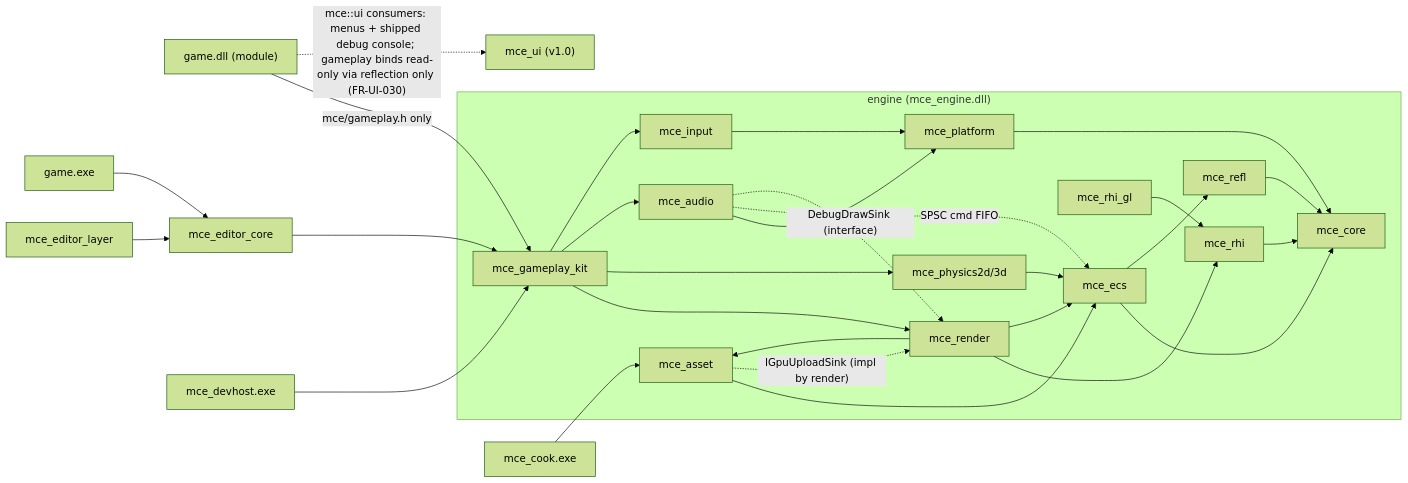
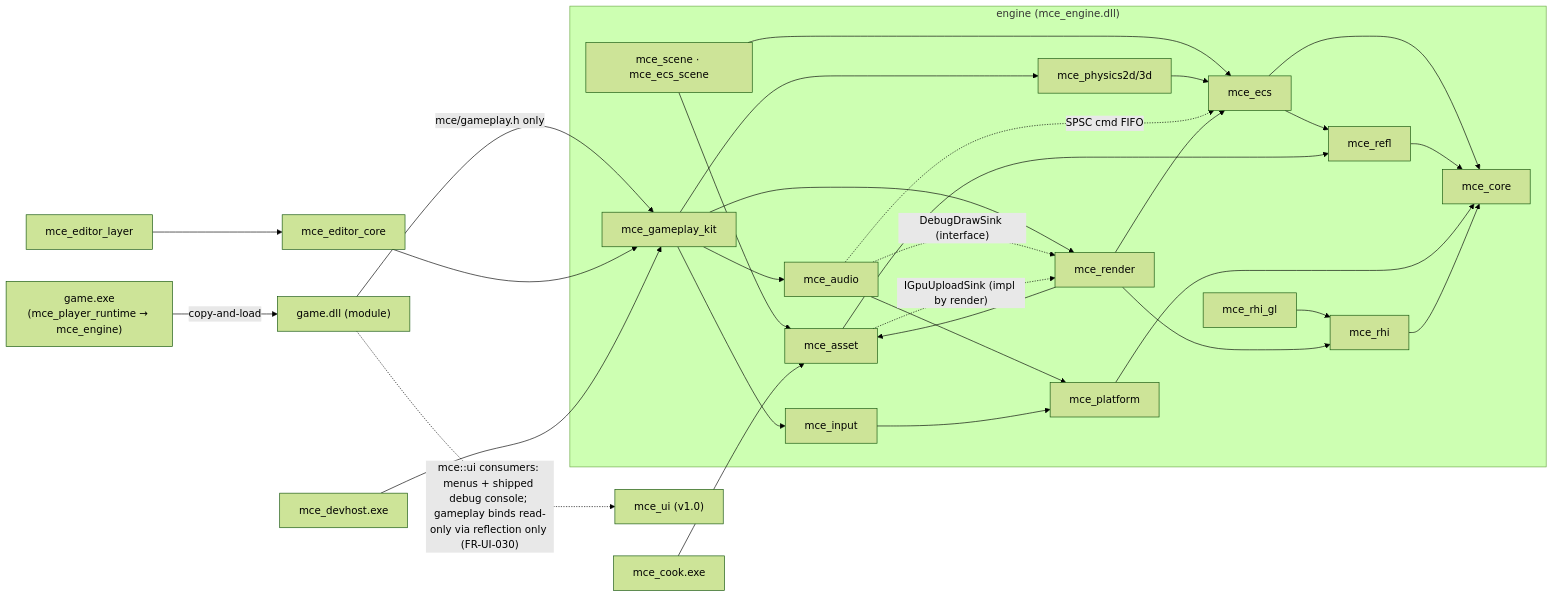
The second of 7 diagrams in docs/ARCHITECTURE.md (sberkan09/mesh_control_engine), drawn with Mermaid (forest theme) before and after one commit. The commit also changed other lines of this file and 78 other files, not shown here.

````diff
--- a/docs/ARCHITECTURE.md
+++ b/docs/ARCHITECTURE.md
@@ -151,33 +173,35 @@
 ```mermaid
 flowchart LR
     subgraph Engine["engine (mce_engine.dll)"]
         ECS["mce_ecs"] --> CORE["mce_core"]
         REFL["mce_refl"] --> CORE
         ECS --> REFL
         PLAT["mce_platform"] --> CORE
         RHI["mce_rhi"] --> CORE
         RHIGL["mce_rhi_gl"] --> RHI
-        ASSET["mce_asset"] --> ECS
+        ASSET["mce_asset"] --> REFL
+        SCENE["mce_scene · mce_ecs_scene"] --> ASSET
+        SCENE --> ECS
         PHY["mce_physics2d/3d"] --> ECS
         AUD["mce_audio"] --> PLAT
         AUD -. "SPSC cmd FIFO" .-> ECS
         INP["mce_input"] --> PLAT
         RENDER["mce_render"] --> RHI
         RENDER --> ASSET
         RENDER --> ECS
         KIT["mce_gameplay_kit"] --> RENDER
         KIT --> PHY
         KIT --> AUD
         KIT --> INP
     end
     MOD["game.dll (module)"] -->|"mce/gameplay.h only"| KIT
     UI["mce_ui (v1.0)"]
     MOD -. "mce::ui consumers: menus + shipped debug console; gameplay binds read-only via reflection only (FR-UI-030)" .-> UI
     ECORE["mce_editor_core"] --> KIT
     ELAYER["mce_editor_layer"] --> ECORE
-    GAME["game.exe"] --> ECORE
+    GAME["game.exe<br/>(mce_player_runtime → mce_engine)"] -->|"copy-and-load"| MOD
     COOK["mce_cook.exe"] --> ASSET
     DEVH["mce_devhost.exe"] --> KIT
     AUD -. "DebugDrawSink (interface)" .-> RENDER
     ASSET -. "IGpuUploadSink (impl by render)" .-> RENDER
 ```
````
